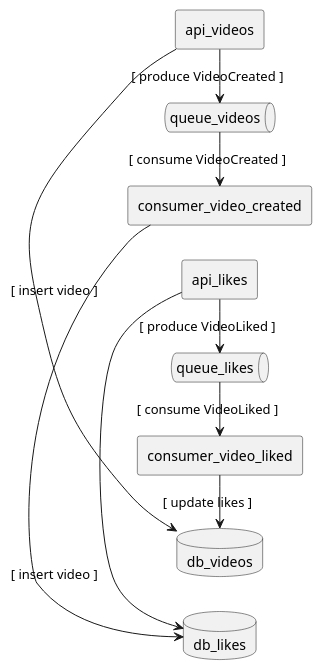
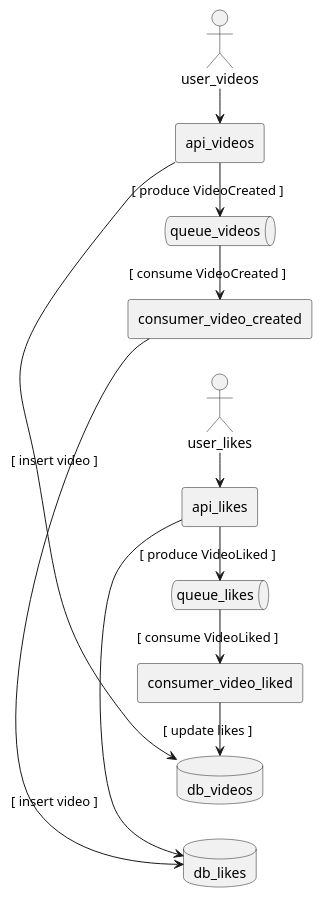
The diagram in diagram.puml (roaslin/event-driven-example), drawn with PlantUML before and after one commit.

Commit message:
added plantUML diagram

```diff
--- a/diagram.puml
+++ b/diagram.puml
@@ -1,22 +1,26 @@
 @startuml
 left to right direction
+actor user_videos
+actor user_likes
 rectangle api_videos
 queue queue_videos
 rectangle consumer_video_created
 database db_videos
 database db_likes
 rectangle api_likes
 queue queue_likes
 rectangle consumer_video_liked
 
+user_videos -> api_videos
 api_videos -> queue_videos : [ produce VideoCreated ]
 api_videos -> db_videos : [ insert video ]
 queue_videos -> consumer_video_created : [ consume VideoCreated ]
 consumer_video_created -> db_likes : [ insert video ]
 
+user_likes -> api_likes
 api_likes -> db_likes
 api_likes -> queue_likes : [ produce VideoLiked ]
 queue_likes -> consumer_video_liked : [ consume VideoLiked ]
 consumer_video_liked -> db_videos : [ update likes ]
 
 @endumld
```
